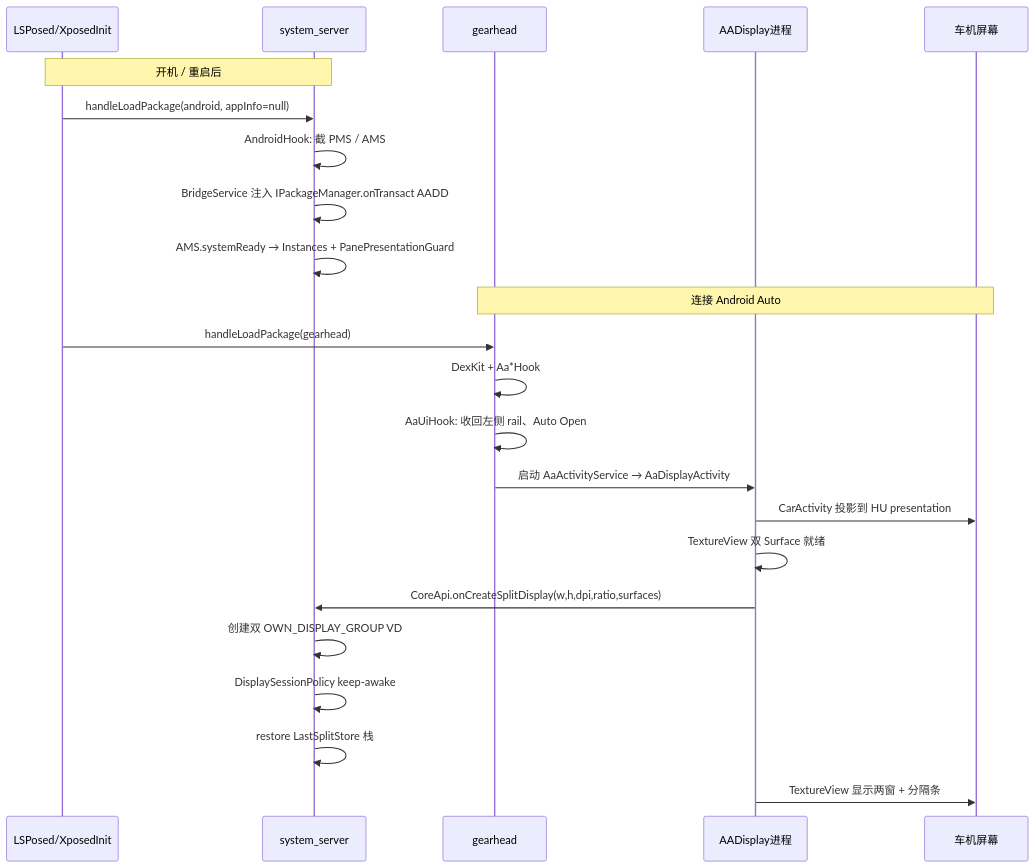
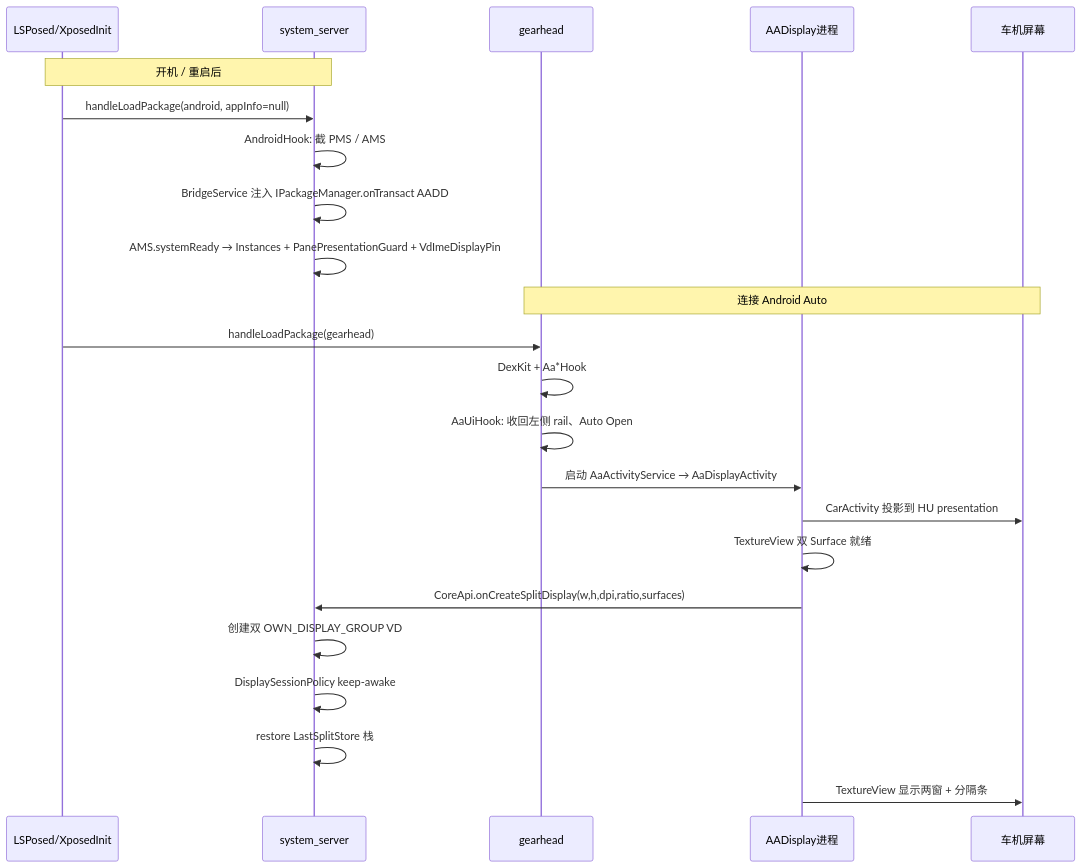
The first of 2 diagrams in docs/EXECUTION.md (lagXkjy/AADisplay), drawn with Mermaid before and after one commit. The commit also changed other lines of this file and 5 other files, not shown here.

````diff
--- a/docs/EXECUTION.md
+++ b/docs/EXECUTION.md
@@ -35,27 +35,27 @@
 ```mermaid
 sequenceDiagram
     participant XP as LSPosed/XposedInit
     participant SS as system_server
     participant GH as gearhead
     participant APP as AADisplay进程
     participant HU as 车机屏幕
 
     Note over XP,SS: 开机 / 重启后
     XP->>SS: handleLoadPackage(android, appInfo=null)
     SS->>SS: AndroidHook: 截 PMS / AMS
     SS->>SS: BridgeService 注入 IPackageManager.onTransact AADD
-    SS->>SS: AMS.systemReady → Instances + PanePresentationGuard
+    SS->>SS: AMS.systemReady → Instances + PanePresentationGuard + VdImeDisplayPin
 
     Note over GH,HU: 连接 Android Auto
     XP->>GH: handleLoadPackage(gearhead)
     GH->>GH: DexKit + Aa*Hook
     GH->>GH: AaUiHook: 收回左侧 rail、Auto Open
     GH->>APP: 启动 AaActivityService → AaDisplayActivity
     APP->>HU: CarActivity 投影到 HU presentation
     APP->>APP: TextureView 双 Surface 就绪
     APP->>SS: CoreApi.onCreateSplitDisplay(w,h,dpi,ratio,surfaces)
     SS->>SS: 创建双 OWN_DISPLAY_GROUP VD
     SS->>SS: DisplaySessionPolicy keep-awake
     SS->>SS: restore LastSplitStore 栈
     APP->>HU: TextureView 显示两窗 + 分隔条
 ```
````
